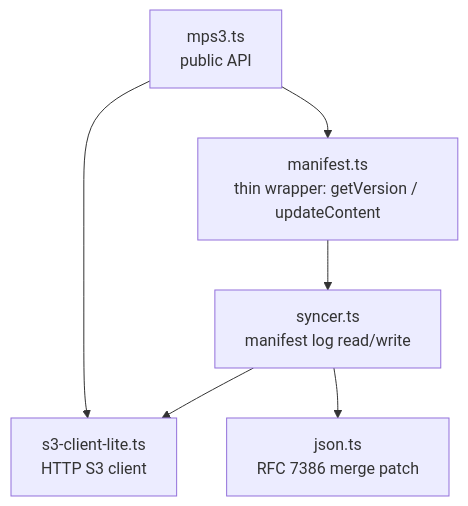
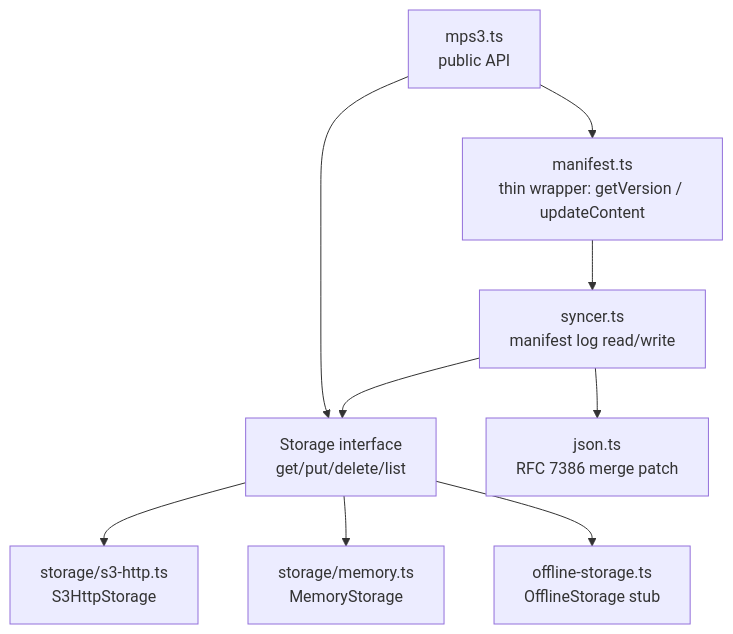
The diagram in docs/ARCHITECTURE.md (Gusto/baerly-storage), drawn with Mermaid before and after one commit. The commit also changed other lines of this file and 2 other files, not shown here.

First line of the commit message:
docs: align ARCHITECTURE / CLAUDE / conventions with Storage seam

````diff
--- a/docs/ARCHITECTURE.md
+++ b/docs/ARCHITECTURE.md
@@ -19,14 +19,20 @@
 ```mermaid
 graph TD
     mps3[mps3.ts<br/>public API]
     manifest[manifest.ts<br/>thin wrapper: getVersion / updateContent]
     syncer[syncer.ts<br/>manifest log read/write]
-    s3client[s3-client-lite.ts<br/>HTTP S3 client]
+    storage[Storage interface<br/>get/put/delete/list]
+    s3http[storage/s3-http.ts<br/>S3HttpStorage]
+    memstore[storage/memory.ts<br/>MemoryStorage]
+    offline[offline-storage.ts<br/>OfflineStorage stub]
     json[json.ts<br/>RFC 7386 merge patch]
 
     mps3 --> manifest
-    mps3 --> s3client
+    mps3 --> storage
     manifest --> syncer
-    syncer --> s3client
+    syncer --> storage
     syncer --> json
+    storage --> s3http
+    storage --> memstore
+    storage --> offline
 ```
````
